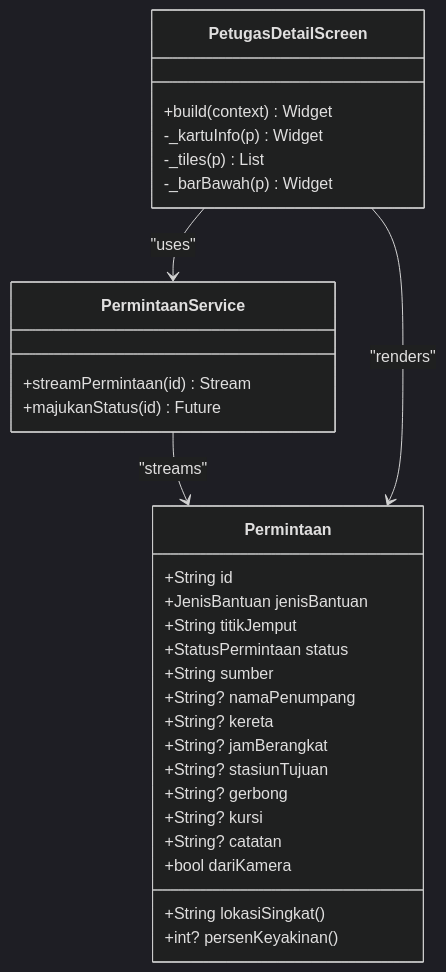
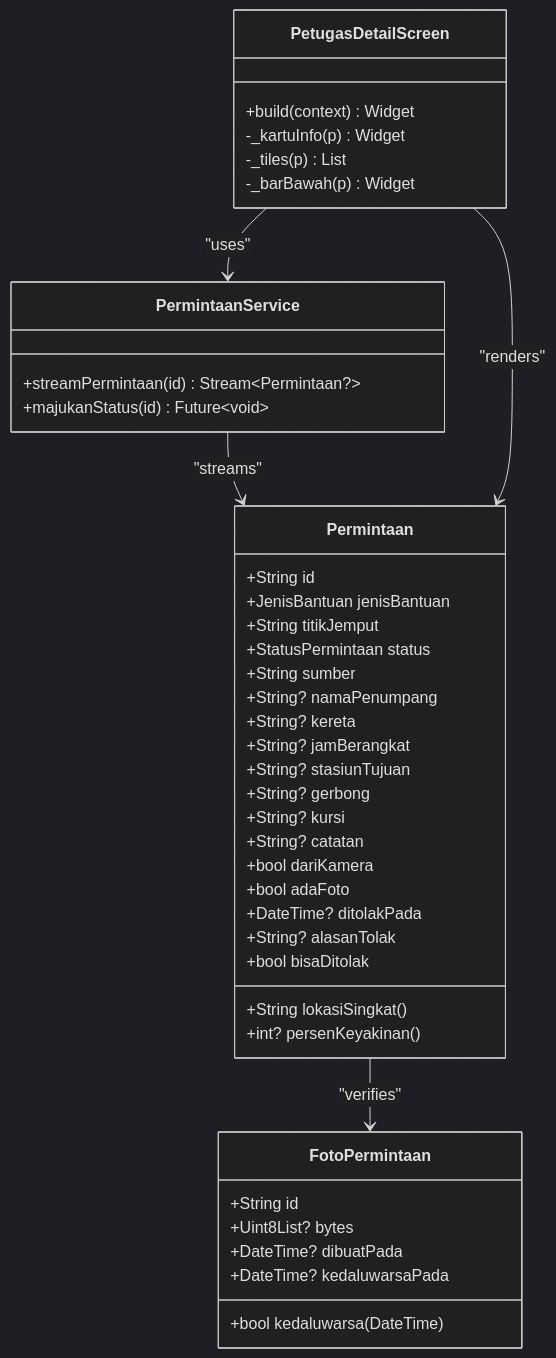
Before and after one commit to rdsarjito/whoosh-ramah: the fourth of 7 diagrams in .qoder/repowiki/en/content/Mobile Application/Staff Workflow/Task Detail Screen.md, drawn with Mermaid (dark theme). The commit also changed other lines of this file and 68 other files, not shown here.

````diff
--- a/.qoder/repowiki/en/content/Mobile Application/Staff Workflow/Task Detail Screen.md
+++ b/.qoder/repowiki/en/content/Mobile Application/Staff Workflow/Task Detail Screen.md
@@ -158,33 +195,45 @@
 ```mermaid
 classDiagram
 class Permintaan {
 +String id
 +JenisBantuan jenisBantuan
 +String titikJemput
 +StatusPermintaan status
 +String sumber
 +String? namaPenumpang
 +String? kereta
 +String? jamBerangkat
 +String? stasiunTujuan
 +String? gerbong
 +String? kursi
 +String? catatan
 +bool dariKamera
++bool adaFoto
++DateTime? ditolakPada
++String? alasanTolak
++bool bisaDitolak
 +String lokasiSingkat()
 +int? persenKeyakinan()
 }
+class FotoPermintaan {
++String id
++Uint8List? bytes
++DateTime? dibuatPada
++DateTime? kedaluwarsaPada
++bool kedaluwarsa(DateTime)
+}
 class PermintaanService {
-+streamPermintaan(id) Stream<Permintaan?>
-+majukanStatus(id) Future<void>
++streamPermintaan(id) Stream~Permintaan?~
++majukanStatus(id) Future~void~
 }
 class PetugasDetailScreen {
 +build(context) Widget
 -_kartuInfo(p) Widget
 -_tiles(p) List
 -_barBawah(p) Widget
 }
 PermintaanService --> Permintaan : "streams"
 PetugasDetailScreen --> Permintaan : "renders"
 PetugasDetailScreen --> PermintaanService : "uses"
+Permintaan --> FotoPermintaan : "verifies"
 ```
````
